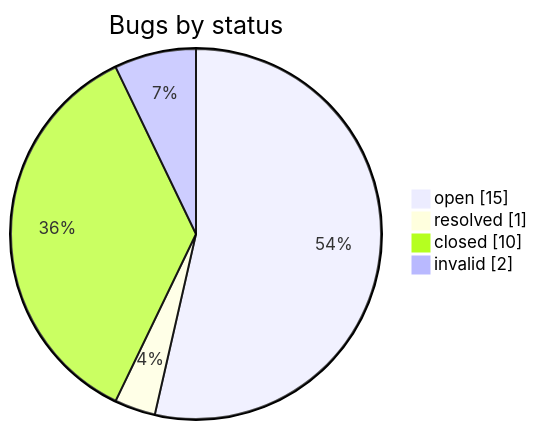
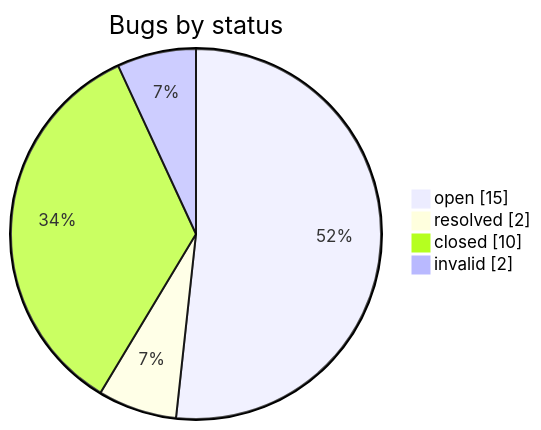
One commit to iammaxsu/automatic-testing-architecture changed the second of 2 diagrams in STATUS.md. Above: the diagram before and after it, drawn with Mermaid. The commit also changed other lines of this file and 3 other files, not shown here.

````diff
--- a/STATUS.md
+++ b/STATUS.md
@@ -162,7 +162,7 @@
 ```mermaid
 pie showData title Bugs by status
     "open" : 15
-    "resolved" : 1
+    "resolved" : 2
     "closed" : 10
     "invalid" : 2
 ```
````
